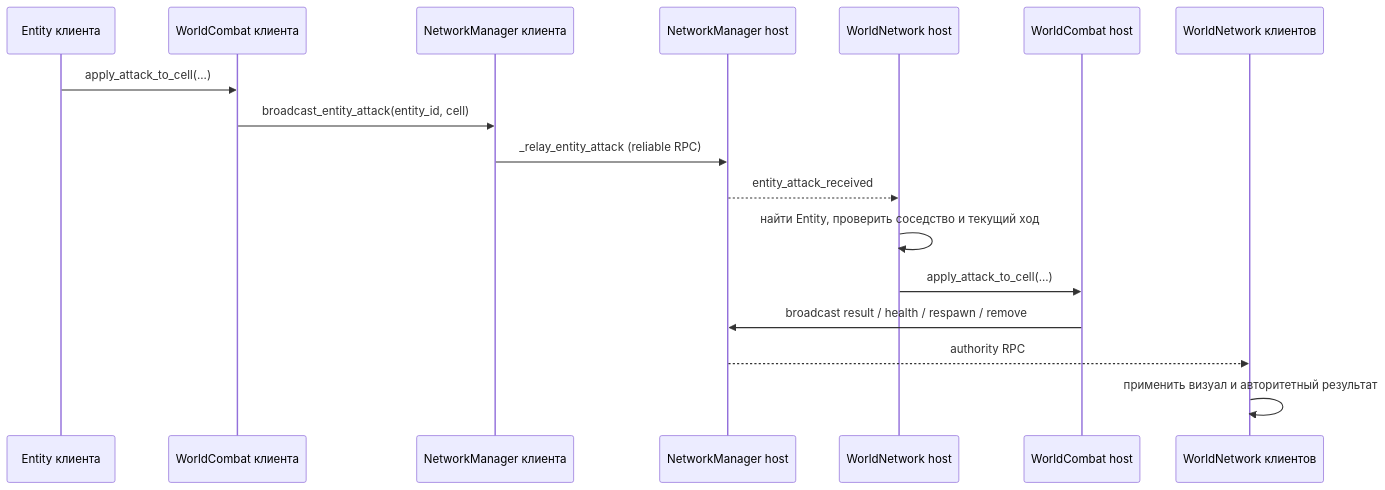
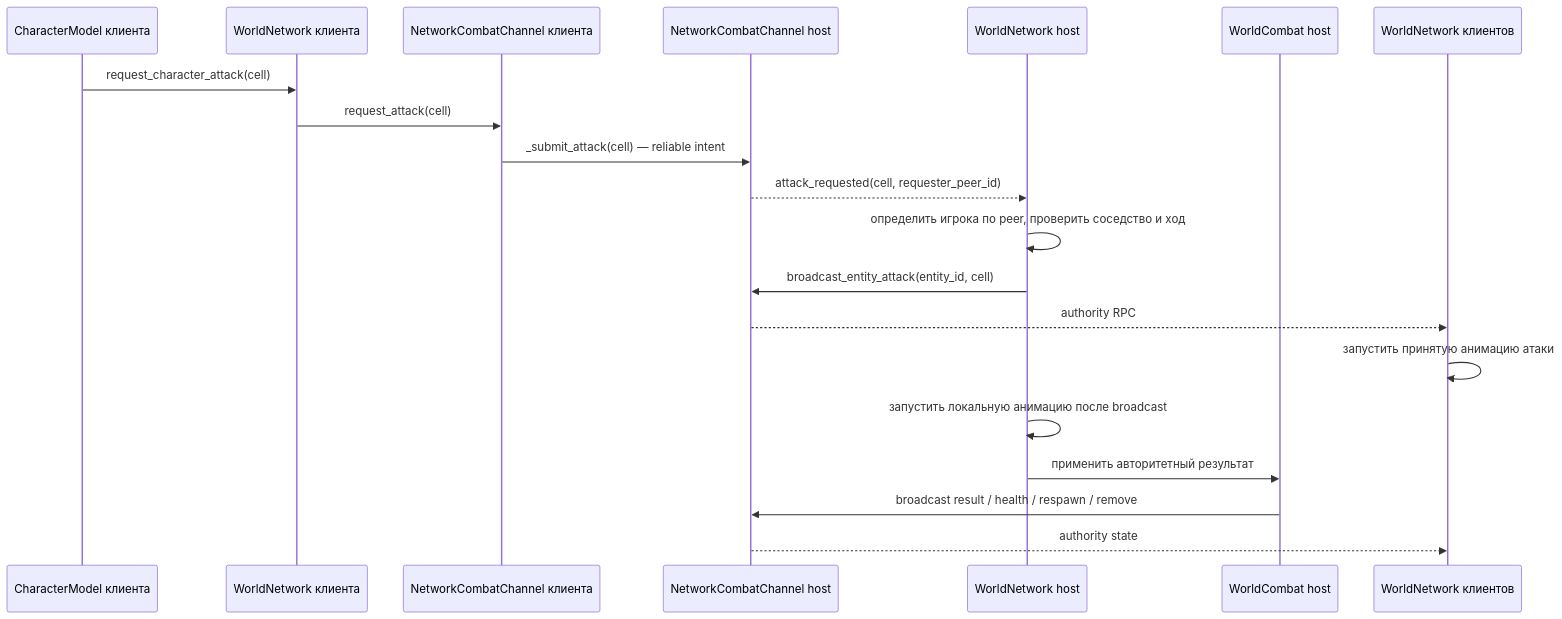
Before and after one commit to Evstratenko98/godot-dragonstride: the sixth of 7 diagrams in PROJECT_GUIDE_RU.md, drawn with Mermaid. The commit also changed other lines of this file and 81 other files, not shown here.

````diff
--- a/PROJECT_GUIDE_RU.md
+++ b/PROJECT_GUIDE_RU.md
@@ -389,20 +405,23 @@
 ```mermaid
 sequenceDiagram
-    participant ClientEntity as Entity клиента
-    participant ClientCombat as WorldCombat клиента
-    participant ClientNM as NetworkManager клиента
-    participant HostNM as NetworkManager host
+    participant ClientModel as CharacterModel клиента
+    participant ClientWN as WorldNetwork клиента
+    participant ClientNM as NetworkCombatChannel клиента
+    participant HostNM as NetworkCombatChannel host
     participant HostWN as WorldNetwork host
     participant HostCombat as WorldCombat host
-    participant OtherWN as WorldNetwork клиентов
+    participant Clients as WorldNetwork клиентов
 
-    ClientEntity->>ClientCombat: apply_attack_to_cell(...)
-    ClientCombat->>ClientNM: broadcast_entity_attack(entity_id, cell)
-    ClientNM->>HostNM: _relay_entity_attack (reliable RPC)
-    HostNM-->>HostWN: entity_attack_received
-    HostWN->>HostWN: найти Entity, проверить соседство и текущий ход
-    HostWN->>HostCombat: apply_attack_to_cell(...)
+    ClientModel->>ClientWN: request_character_attack(cell)
+    ClientWN->>ClientNM: request_attack(cell)
+    ClientNM->>HostNM: _submit_attack(cell) — reliable intent
+    HostNM-->>HostWN: attack_requested(cell, requester_peer_id)
+    HostWN->>HostWN: определить игрока по peer, проверить соседство и ход
+    HostWN->>HostNM: broadcast_entity_attack(entity_id, cell)
+    HostNM-->>Clients: authority RPC
+    Clients->>Clients: запустить принятую анимацию атаки
+    HostWN->>HostWN: запустить локальную анимацию после broadcast
+    HostWN->>HostCombat: применить авторитетный результат
     HostCombat->>HostNM: broadcast result / health / respawn / remove
-    HostNM-->>OtherWN: authority RPC
-    OtherWN->>OtherWN: применить визуал и авторитетный результат
+    HostNM-->>Clients: authority state
 ```
````
